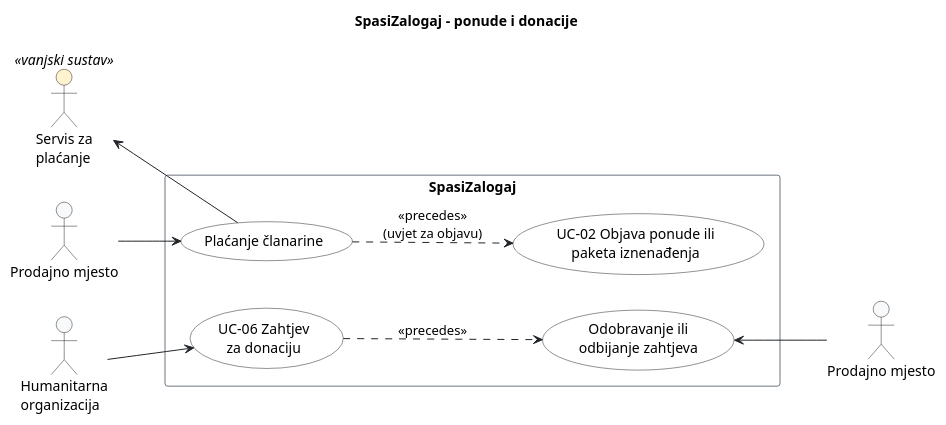
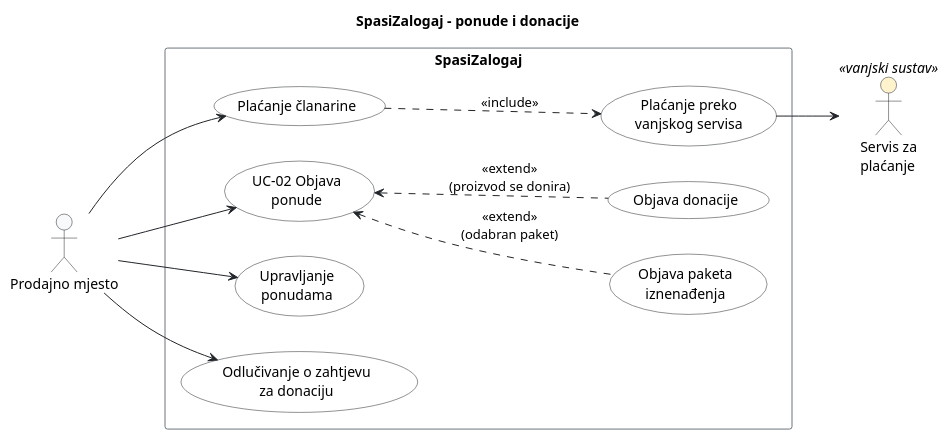
The diagram in docs/puml/3-3-spasizalogaj-offers-donations-UC.puml (frenki1004/Menzory), drawn with PlantUML before and after one commit. The commit also changed other lines of this file and 3 other files, not shown here.

Commit message:
docs: ispravi dijagrame obrazaca uporabe (include/extend, bez precedes)

```diff
--- a/docs/puml/3-3-spasizalogaj-offers-donations-UC.puml
+++ b/docs/puml/3-3-spasizalogaj-offers-donations-UC.puml
@@ -14,48 +16,55 @@
 @startuml
 title SpasiZalogaj – ponude i donacije
 left to right direction
 
 skinparam shadowing false
 skinparam defaultFontName Arial
 skinparam ArrowColor #212529
 
 skinparam actor {
     BackgroundColor #F8F9FA
     BorderColor #212529
     BackgroundColor<<vanjski sustav>> #FFF3CD
 }
 skinparam usecase {
     BackgroundColor #FFFFFF
     BorderColor #212529
 }
 skinparam rectangle {
     BorderColor #6C757D
 }
 
 actor "Prodajno mjesto" as Prodavac
-actor "Humanitarna\norganizacija" as Org
+
+rectangle "SpasiZalogaj" {
+    usecase "Plaćanje članarine" as UCClan
+    usecase "Plaćanje preko\nvanjskog servisa" as UCPlati
+
+    usecase "UC-02 Objava\nponude" as UC02
+    usecase "Objava paketa\niznenađenja" as UCPaket
+    usecase "Objava donacije" as UCDonacija
+
+    usecase "Upravljanje\nponudama" as UCUpravljanje
+
+    usecase "Odlučivanje o zahtjevu\nza donaciju" as UCOdluka
+}
+
 actor "Servis za\nplaćanje" as Placanje <<vanjski sustav>>
 
-rectangle "SpasiZalogaj" {
-    ' Tok 1: Prodajno mjesto
-    usecase "Plaćanje članarine" as UCClan
-    usecase "UC-02 Objava ponude ili\npaketa iznenađenja" as UC02
-    
-    ' Tok 2: Donacije
-    usecase "UC-06 Zahtjev\nza donaciju" as UC06
-    usecase "Odobravanje ili\nodbijanje zahtjeva" as UCOdluka
-}
+' Članarina
+Prodavac --> UCClan
+UCClan ..> UCPlati : <<include>>
+UCPlati --> Placanje
 
-actor "Prodajno mjesto" as Prodavac2
+' Objava ponude i njezine varijante
+Prodavac --> UC02
+UC02 <.. UCPaket : <<extend>>\n(odabran paket)
+UC02 <.. UCDonacija : <<extend>>\n(proizvod se donira)
 
-' Tok 1: Prodajno mjesto (gore)
-Prodavac --> UCClan
-UCClan ..> UC02 : <<precedes>>\n(uvjet za objavu)
-UCClan -up-> Placanje
+' Uređivanje i povlačenje objavljenih ponuda
+Prodavac --> UCUpravljanje
 
-' Tok 2: Donacije (dolje)
-Org --> UC06
-UC06 ..> UCOdluka : <<precedes>>
-UCOdluka <-- Prodavac2
+' Prodajno mjesto reagira na zahtjev za doniranu ponudu
+Prodavac --> UCOdluka
 
 @enduml
```
